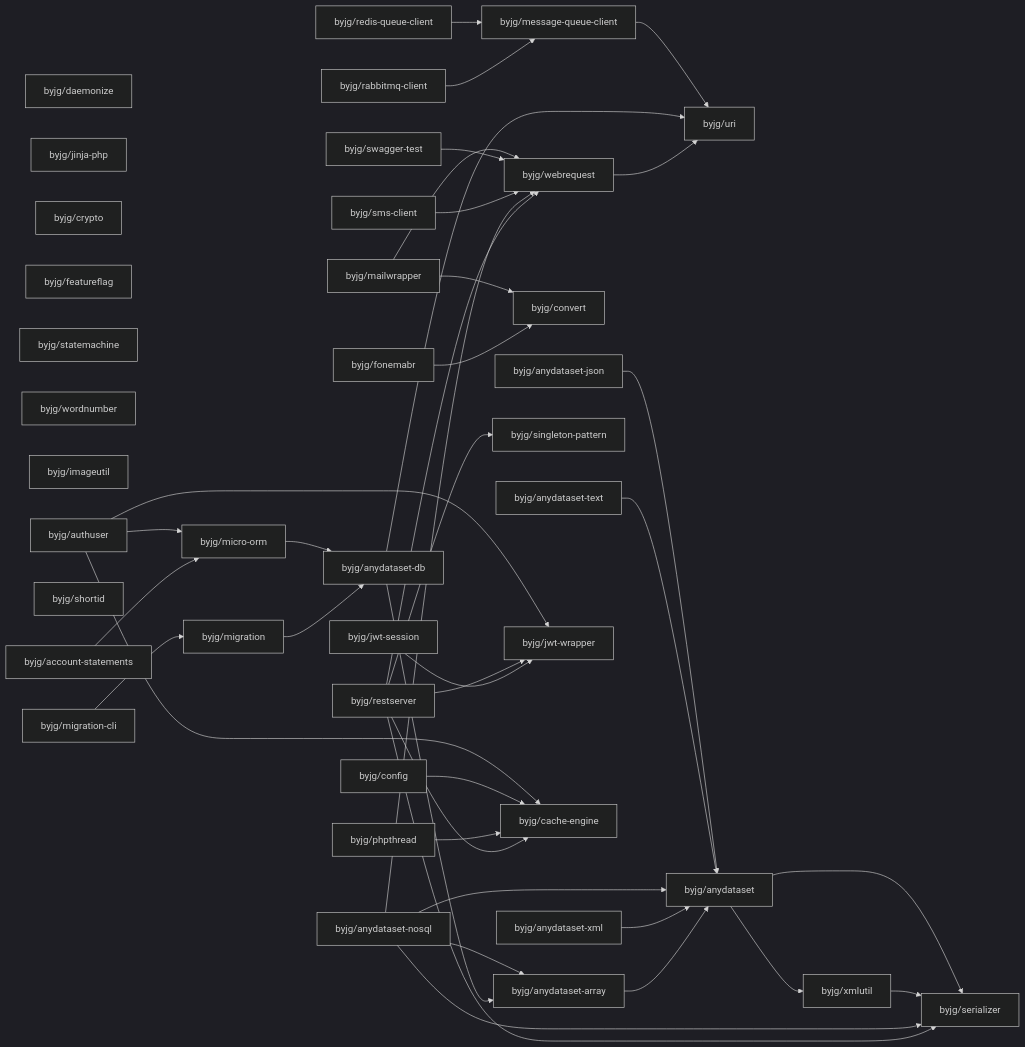
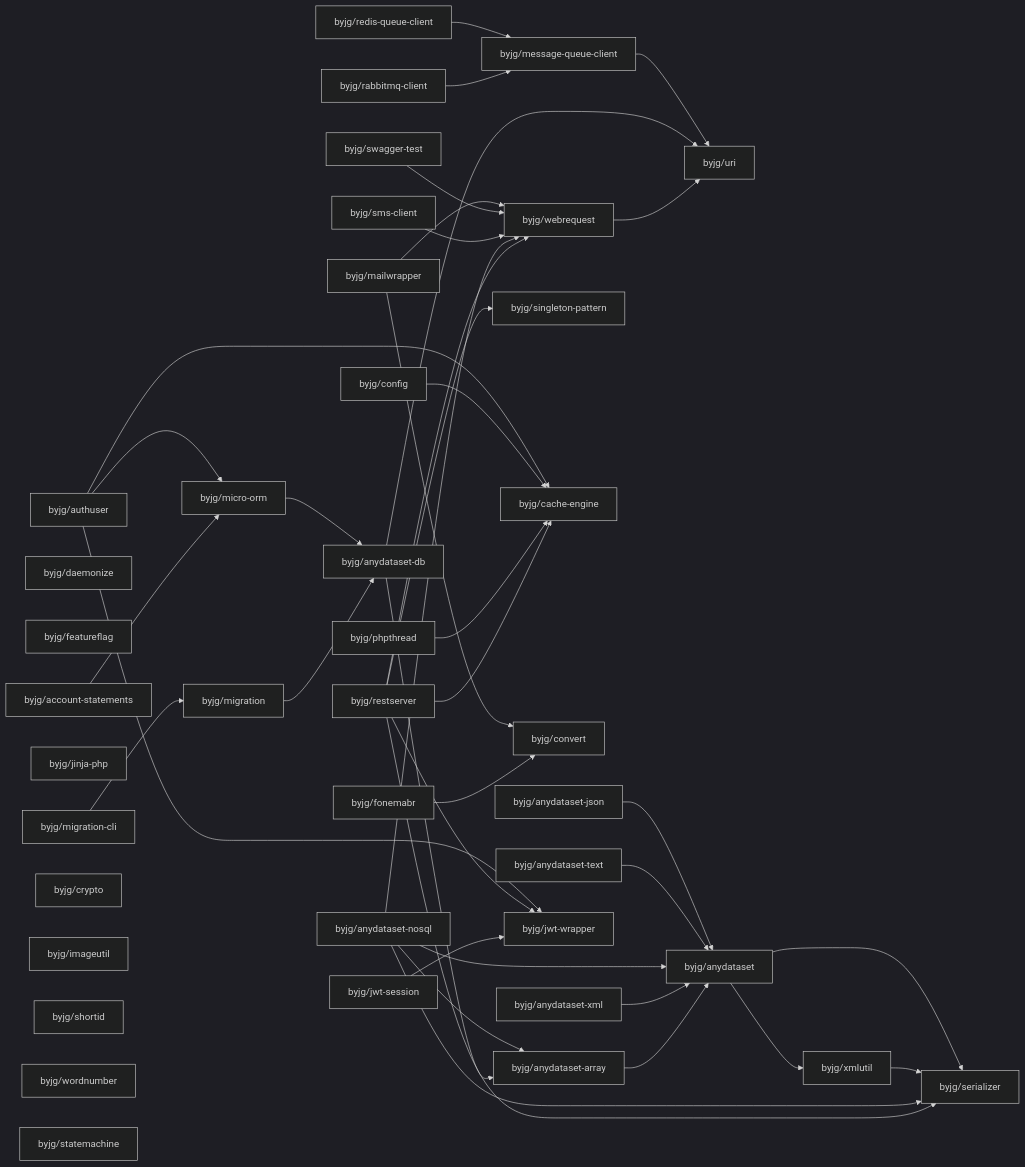
The diagram in docs/php/README.md (byjg/byjg.github.io), drawn with Mermaid (dark theme) before and after one commit. The commit also changed other lines of this file and 1 other file, not shown here.

Commit message:
Update documentation 'php' 'php-anydataset-db'

````diff
--- a/docs/php/README.md
+++ b/docs/php/README.md
@@ -3,79 +3,79 @@
 ```mermaid
 graph LR;
-  byjg/daemonize;
-  byjg/jinja-php;
-  byjg/anydataset-text;
-  byjg/rabbitmq-client;
-  byjg/mailwrapper;
-  byjg/anydataset-nosql;
-  byjg/crypto;
-  byjg/featureflag;
-  byjg/statemachine;
-  byjg/wordnumber;
-  byjg/swagger-test;
-  byjg/anydataset-json;
-  byjg/imageutil;
-  byjg/jwt-session;
-  byjg/config;
-  byjg/authuser;
-  byjg/shortid;
-  byjg/sms-client;
-  byjg/fonemabr;
+  byjg/restserver;
   byjg/anydataset-xml;
-  byjg/redis-queue-client;
-  byjg/account-statements;
-  byjg/restserver;
   byjg/migration-cli;
   byjg/phpthread;
+  byjg/redis-queue-client;
+  byjg/anydataset-json;
+  byjg/mailwrapper;
+  byjg/daemonize;
+  byjg/featureflag;
+  byjg/authuser;
+  byjg/jinja-php;
+  byjg/anydataset-nosql;
+  byjg/account-statements;
+  byjg/crypto;
+  byjg/config;
+  byjg/imageutil;
+  byjg/swagger-test;
+  byjg/shortid;
+  byjg/fonemabr;
+  byjg/rabbitmq-client;
+  byjg/wordnumber;
+  byjg/anydataset-text;
+  byjg/sms-client;
+  byjg/statemachine;
+  byjg/jwt-session;
+  byjg/singleton-pattern;
+  byjg/migration;
+  byjg/micro-orm;
+  byjg/cache-engine;
   byjg/convert;
   byjg/message-queue-client;
-  byjg/micro-orm;
-  byjg/singleton-pattern;
   byjg/webrequest;
   byjg/jwt-wrapper;
-  byjg/migration;
-  byjg/cache-engine;
   byjg/anydataset-db;
   byjg/anydataset-array;
   byjg/uri;
   byjg/anydataset;
   byjg/xmlutil;
   byjg/serializer;
   byjg/account-statements --> byjg/micro-orm;
   byjg/fonemabr --> byjg/convert;
   byjg/webrequest --> byjg/uri;
   byjg/anydataset-array --> byjg/anydataset;
   byjg/anydataset-xml --> byjg/anydataset;
   byjg/rabbitmq-client --> byjg/message-queue-client;
   byjg/redis-queue-client --> byjg/message-queue-client;
   byjg/jwt-session --> byjg/jwt-wrapper;
   byjg/anydataset-db --> byjg/anydataset-array;
   byjg/anydataset-db --> byjg/uri;
   byjg/restserver --> byjg/serializer;
   byjg/restserver --> byjg/singleton-pattern;
   byjg/restserver --> byjg/cache-engine;
   byjg/restserver --> byjg/webrequest;
   byjg/restserver --> byjg/jwt-wrapper;
   byjg/migration --> byjg/anydataset-db;
   byjg/anydataset-nosql --> byjg/anydataset;
   byjg/anydataset-nosql --> byjg/anydataset-array;
   byjg/anydataset-nosql --> byjg/serializer;
   byjg/anydataset-nosql --> byjg/webrequest;
   byjg/phpthread --> byjg/cache-engine;
   byjg/sms-client --> byjg/webrequest;
   byjg/swagger-test --> byjg/webrequest;
   byjg/migration-cli --> byjg/migration;
   byjg/config --> byjg/cache-engine;
   byjg/anydataset-text --> byjg/anydataset;
   byjg/micro-orm --> byjg/anydataset-db;
   byjg/authuser --> byjg/micro-orm;
   byjg/authuser --> byjg/cache-engine;
   byjg/authuser --> byjg/jwt-wrapper;
   byjg/anydataset-json --> byjg/anydataset;
   byjg/mailwrapper --> byjg/convert;
   byjg/mailwrapper --> byjg/webrequest;
   byjg/xmlutil --> byjg/serializer;
   byjg/anydataset --> byjg/serializer;
   byjg/anydataset --> byjg/xmlutil;
   byjg/message-queue-client --> byjg/uri;
 ```
````
